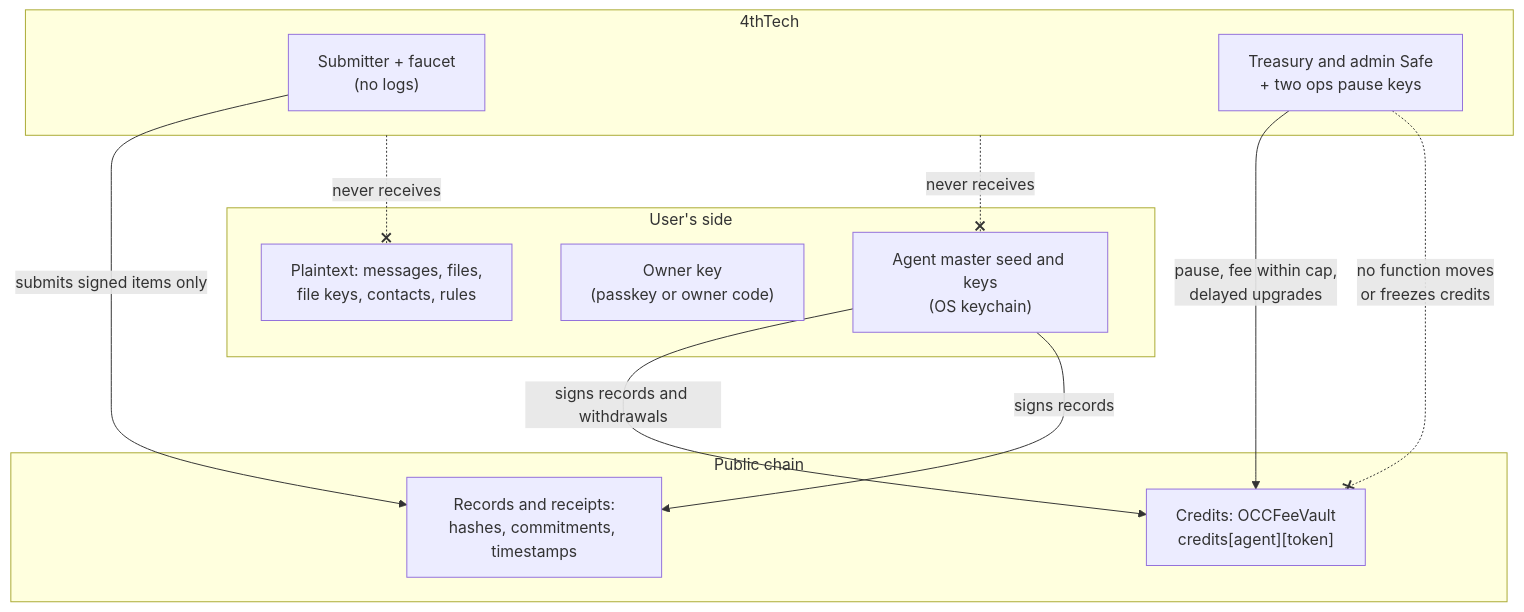
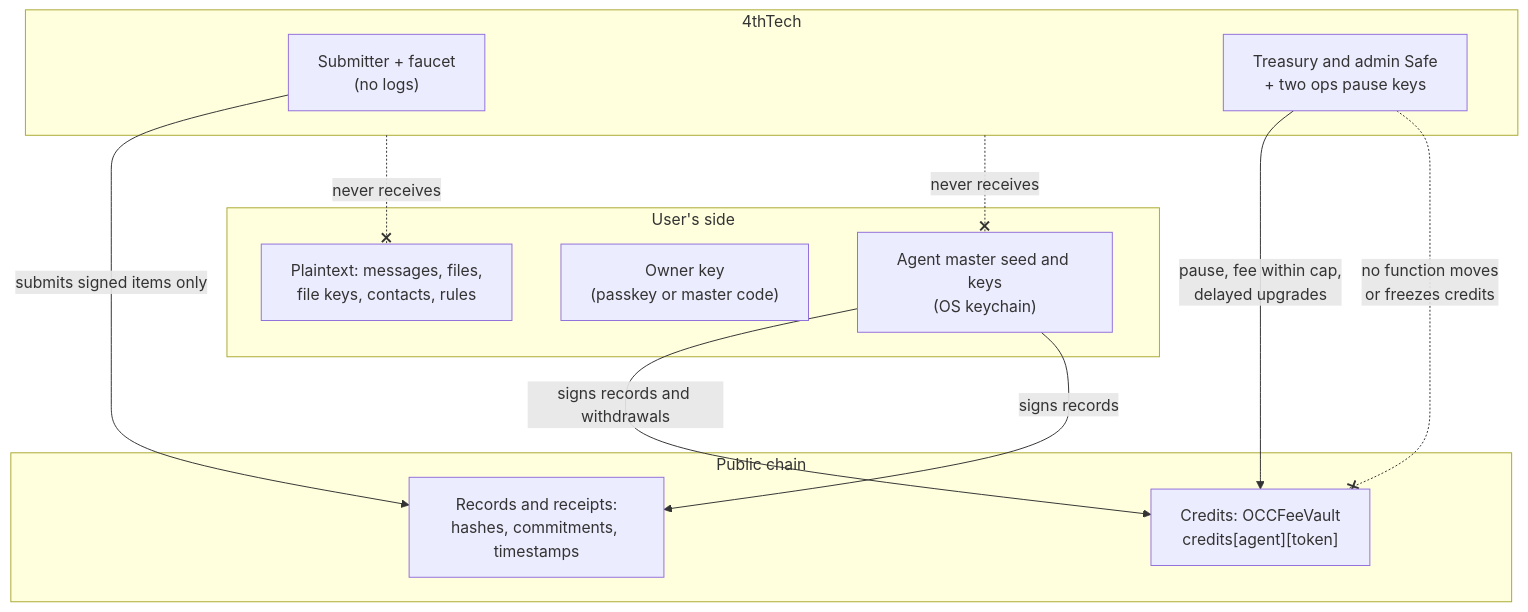
Before and after one commit to 4thtech/agentlink: the third of 3 diagrams in docs-site/technical/concepts/payments-credits-and-trust.md, drawn with Mermaid. The commit also changed other lines of this file and 316 other files, not shown here.

Commit message:
UX1112 WP-9: master code, Contact check, ID tag across strings, CLI, tool text, invite page, docs; vocabulary tests

````diff
--- a/docs-site/technical/concepts/payments-credits-and-trust.md
+++ b/docs-site/technical/concepts/payments-credits-and-trust.md
@@ -107,23 +107,23 @@
 ```mermaid
 flowchart TB
   subgraph User["User's side"]
     AK["Agent master seed and keys<br/>(OS keychain)"]
-    OK["Owner key<br/>(passkey or owner code)"]
+    OK["Owner key<br/>(passkey or master code)"]
     PT["Plaintext: messages, files,<br/>file keys, contacts, rules"]
   end
   subgraph Chain["Public chain"]
     CR["Credits: OCCFeeVault<br/>credits[agent][token]"]
     REC["Records and receipts:<br/>hashes, commitments, timestamps"]
   end
   subgraph FourT["4thTech"]
     SUB["Submitter + faucet<br/>(no logs)"]
     SAFE["Treasury and admin Safe<br/>+ two ops pause keys"]
   end
   AK -->|"signs records and withdrawals"| CR
   AK -->|"signs records"| REC
   SUB -->|"submits signed items only"| REC
   SAFE -->|"pause, fee within cap,<br/>delayed upgrades"| CR
   SAFE -.-x|"no function moves<br/>or freezes credits"| CR
   FourT -.-x|"never receives"| PT
   FourT -.-x|"never receives"| AK
 ```
````
